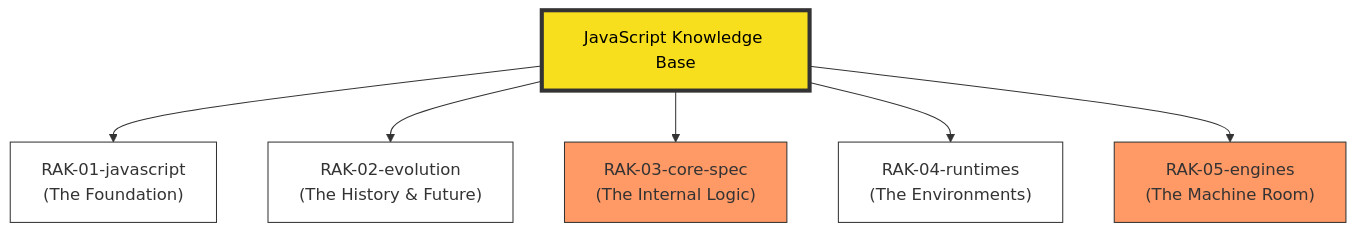
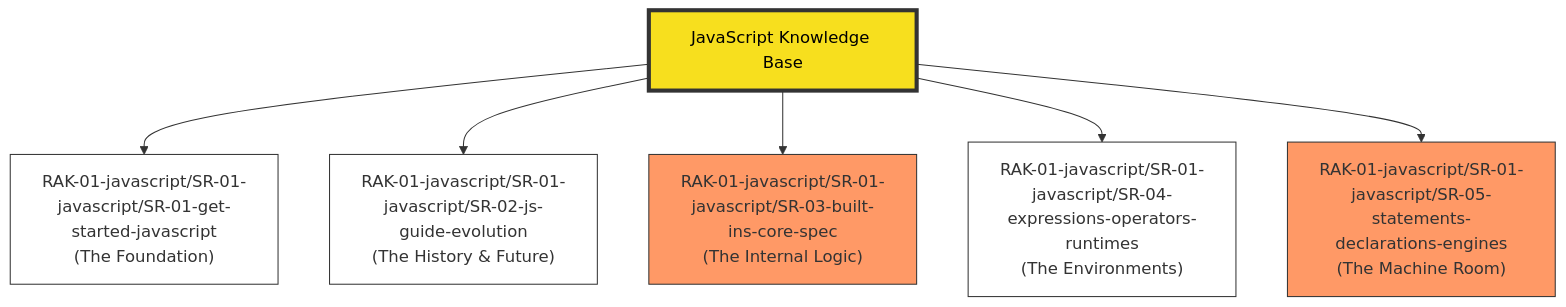
The diagram in README.md (syahputrawork98-sketch/JavaScript-Learning-Hub), drawn with Mermaid before and after one commit. The commit also changed other lines of this file and 274 other files, not shown here.

````diff
--- a/README.md
+++ b/README.md
@@ -8,19 +8,19 @@
 ```mermaid
 graph TD
     Root["JavaScript Knowledge Base"]
     
-    RAK01["RAK-01-javascript<br/>(The Foundation)"]
-    RAK02["RAK-02-evolution<br/>(The History & Future)"]
-    RAK03["RAK-03-core-spec<br/>(The Internal Logic)"]
-    RAK04["RAK-04-runtimes<br/>(The Environments)"]
-    RAK05["RAK-05-engines<br/>(The Machine Room)"]
+    RAK01["RAK-01-javascript/SR-01-javascript/SR-01-get-started-javascript<br/>(The Foundation)"]
+    RAK02["RAK-01-javascript/SR-01-javascript/SR-02-js-guide-evolution<br/>(The History & Future)"]
+    RAK03["RAK-01-javascript/SR-01-javascript/SR-03-built-ins-core-spec<br/>(The Internal Logic)"]
+    RAK04["RAK-01-javascript/SR-01-javascript/SR-04-expressions-operators-runtimes<br/>(The Environments)"]
+    RAK05["RAK-01-javascript/SR-01-javascript/SR-05-statements-declarations-engines<br/>(The Machine Room)"]
     
     Root --> RAK01 & RAK02 & RAK03 & RAK04 & RAK05
     
     style Root fill:#f7df1e,stroke:#333,stroke-width:4px,color:#000
     style RAK01 fill:#fff,stroke:#333
     style RAK02 fill:#fff,stroke:#333
     style RAK03 fill:#f96,stroke:#333
     style RAK04 fill:#fff,stroke:#333
     style RAK05 fill:#f96,stroke:#333
 ```
````
